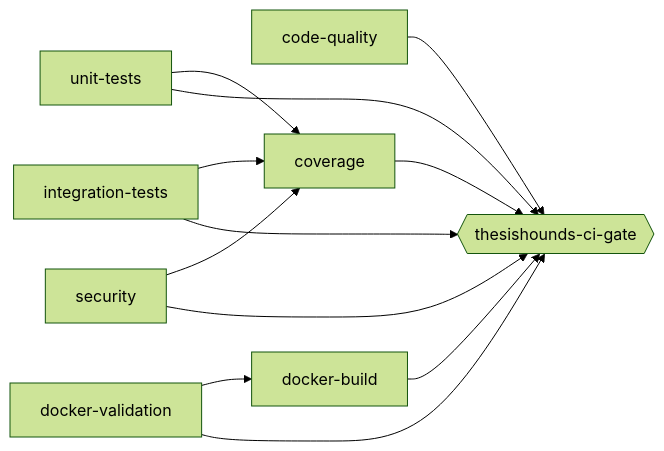
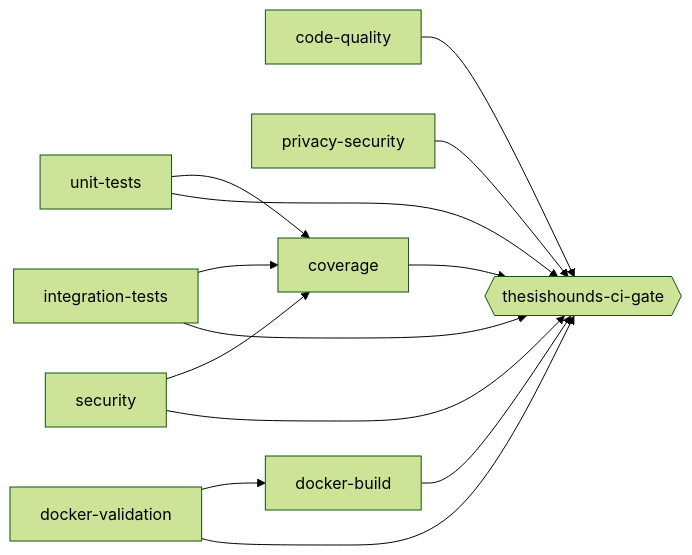
Before and after one commit to HerrBubimann/ThesisHounds: the diagram in docs/ci-cd.md, drawn with Mermaid (forest theme). The commit also changed other lines of this file and 167 other files, not shown here.

````diff
--- a/docs/ci-cd.md
+++ b/docs/ci-cd.md
@@ -27,22 +29,24 @@
 ```mermaid
 flowchart LR
     Q[code-quality]
     U[unit-tests]
     I[integration-tests]
     S[security]
+    P[privacy-security]
     C[coverage]
     DV[docker-validation]
     DB[docker-build]
     G{{thesishounds-ci-gate}}
     U --> C
     I --> C
     S --> C
     DV --> DB
     Q --> G
     U --> G
     I --> G
     S --> G
+    P --> G
     C --> G
     DV --> G
     DB --> G
 ```
````
